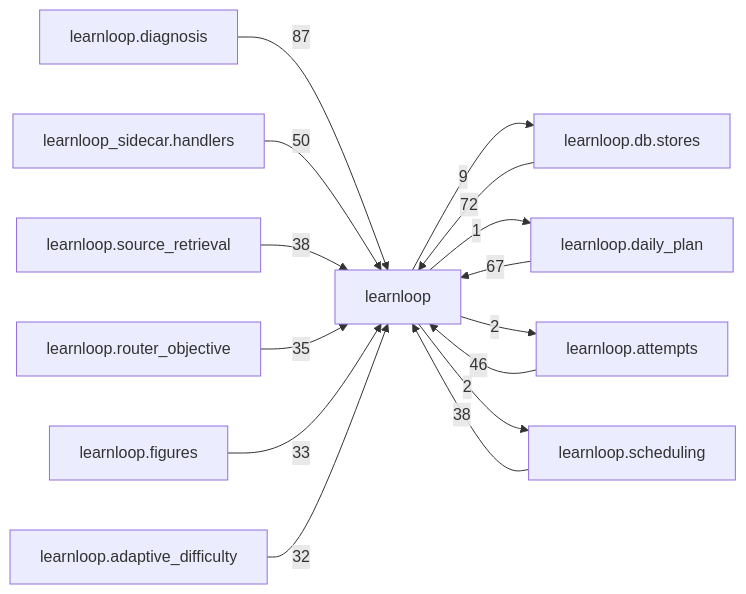
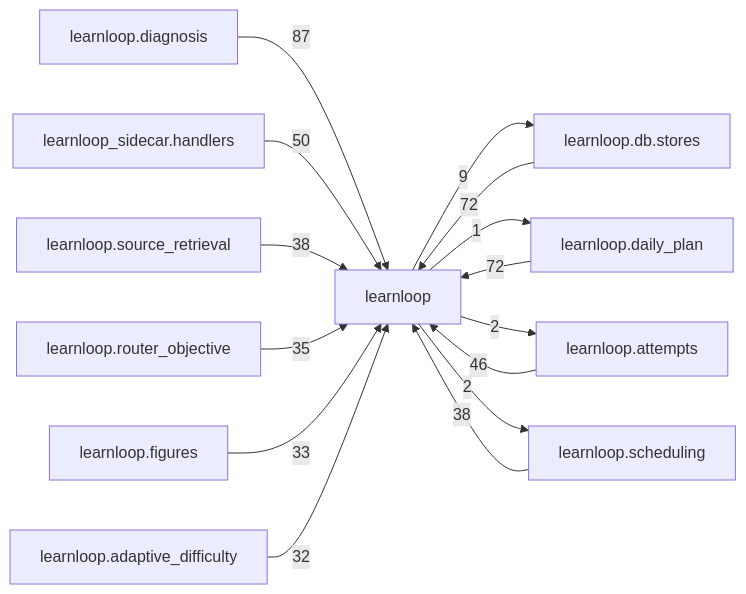
Before and after one commit to 6up-b/learnanything: the diagram in docs/learnloop-architecture-vault/Reference/Modules/learnloop/_package.md, drawn with Mermaid. The commit also changed other lines of this file and 69 other files, not shown here.

````diff
--- a/docs/learnloop-architecture-vault/Reference/Modules/learnloop/_package.md
+++ b/docs/learnloop-architecture-vault/Reference/Modules/learnloop/_package.md
@@ -263,28 +263,28 @@
 ```mermaid
 flowchart LR
     center["learnloop"]
     n_learnloop_diagnosis["learnloop.diagnosis"]
     n_learnloop_db_stores["learnloop.db.stores"]
     n_learnloop_daily_plan["learnloop.daily_plan"]
     n_learnloop_sidecar_handlers["learnloop_sidecar.handlers"]
     n_learnloop_attempts["learnloop.attempts"]
     n_learnloop_scheduling["learnloop.scheduling"]
     n_learnloop_source_retrieval["learnloop.source_retrieval"]
     n_learnloop_router_objective["learnloop.router_objective"]
     n_learnloop_figures["learnloop.figures"]
     n_learnloop_adaptive_difficulty["learnloop.adaptive_difficulty"]
     n_learnloop_diagnosis -->|87| center
     n_learnloop_db_stores -->|72| center
     center -->|9| n_learnloop_db_stores
-    n_learnloop_daily_plan -->|67| center
+    n_learnloop_daily_plan -->|72| center
     center -->|1| n_learnloop_daily_plan
     n_learnloop_sidecar_handlers -->|50| center
     n_learnloop_attempts -->|46| center
     center -->|2| n_learnloop_attempts
     n_learnloop_scheduling -->|38| center
     center -->|2| n_learnloop_scheduling
     n_learnloop_source_retrieval -->|38| center
     n_learnloop_router_objective -->|35| center
     n_learnloop_figures -->|33| center
     n_learnloop_adaptive_difficulty -->|32| center
 ```
````
